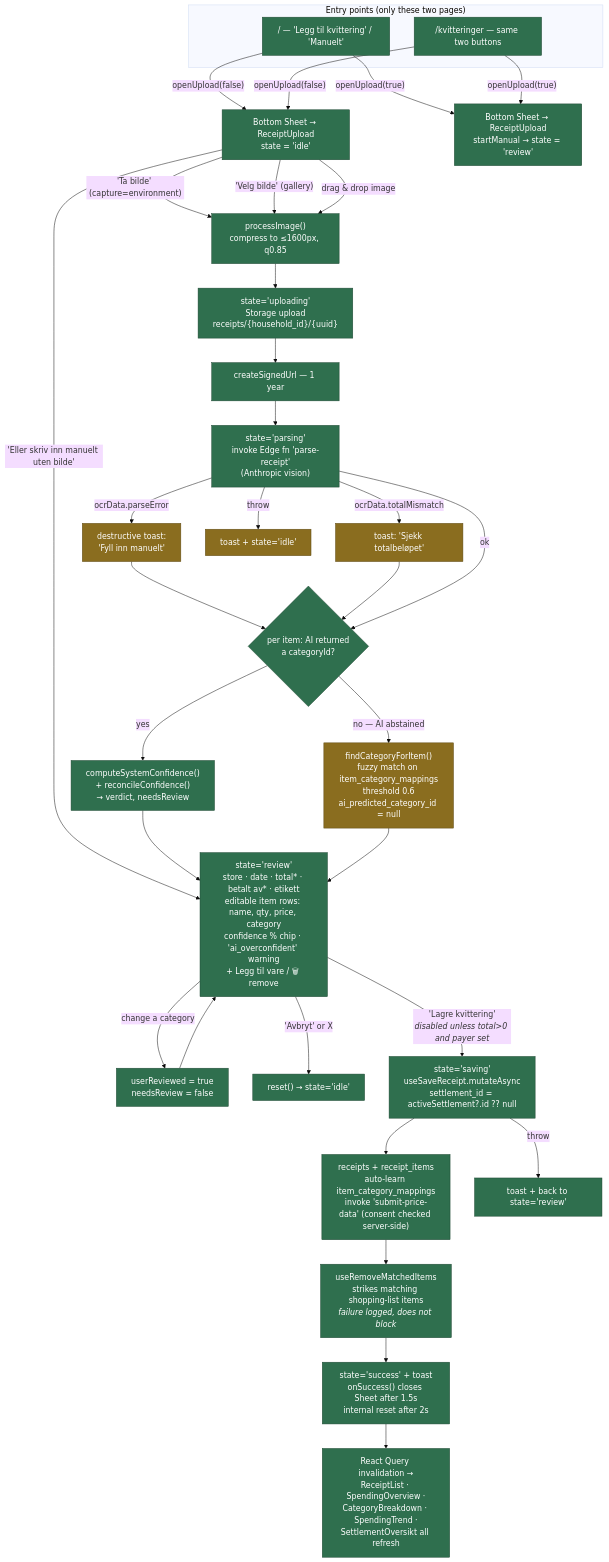
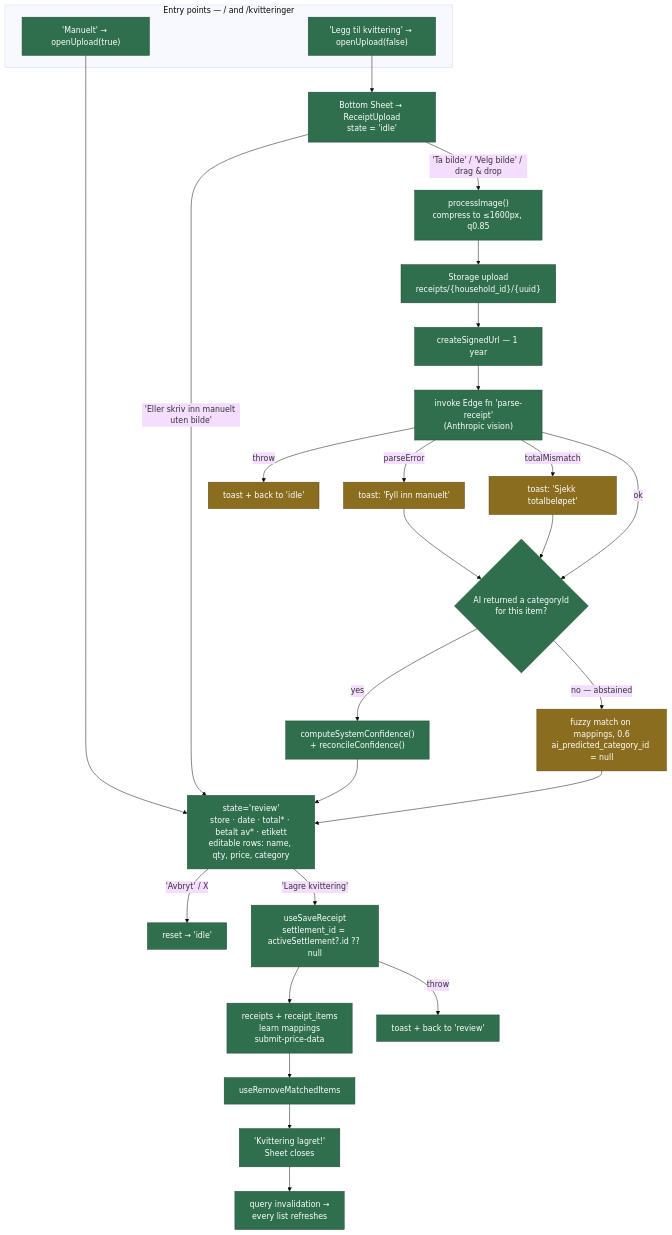
Before and after one commit to BalderYtterhus/budget-app: the fifth of 8 diagrams in docs/user-flows.md, drawn with Mermaid (base theme). The commit also changed other lines of this file and 1 other file, not shown here.

First line of the commit message:
docs: regenerate the flow diagrams and log the session

````diff
--- a/docs/user-flows.md
+++ b/docs/user-flows.md
@@ -200,59 +183,44 @@
 ```mermaid
 flowchart TD
     classDef ok fill:#2f6f4e,stroke:#1d4732,color:#fff
     classDef cond fill:#8a6d1f,stroke:#5c4813,color:#fff
-    classDef bad fill:#8c2f2f,stroke:#5c1f1f,color:#fff
 
-    subgraph ENTRY["Entry points (only these two pages)"]
-        E1["/ — 'Legg til kvittering' / 'Manuelt'"]
-        E2["/kvitteringer — same two buttons"]
+    subgraph ENTRY["Entry points — / and /kvitteringer"]
+        E1["'Legg til kvittering' → openUpload(false)"]
+        E2["'Manuelt' → openUpload(true)"]
     end
-    E1 -->|"openUpload(false)"| SHEET
-    E1 -->|"openUpload(true)"| SHEETM
-    E2 -->|"openUpload(false)"| SHEET
-    E2 -->|"openUpload(true)"| SHEETM
+    E1 --> SHEET["Bottom Sheet → ReceiptUpload<br/>state = 'idle'"]
+    E2 --> REVIEW
 
-    SHEET["Bottom Sheet → ReceiptUpload<br/>state = 'idle'"]
-    SHEETM["Bottom Sheet → ReceiptUpload<br/>startManual → state = 'review'"]
-
-    SHEET -->|"'Ta bilde' (capture=environment)"| PROC
-    SHEET -->|"'Velg bilde' (gallery)"| PROC
-    SHEET -->|"drag & drop image"| PROC
+    SHEET -->|"'Ta bilde' / 'Velg bilde' / drag & drop"| PROC["processImage()<br/>compress to ≤1600px, q0.85"]
     SHEET -->|"'Eller skriv inn manuelt uten bilde'"| REVIEW
 
-    PROC["processImage()<br/>compress to ≤1600px, q0.85"]
-    PROC --> UP["state='uploading'<br/>Storage upload<br/>receipts/{household_id}/{uuid}"]
+    PROC --> UP["Storage upload<br/>receipts/{household_id}/{uuid}"]
     UP --> SIGN["createSignedUrl — 1 year"]
-    SIGN --> PARSE["state='parsing'<br/>invoke Edge fn 'parse-receipt'<br/>(Anthropic vision)"]
+    SIGN --> PARSE["invoke Edge fn 'parse-receipt'<br/>(Anthropic vision)"]
 
-    PARSE -->|"ocrData.parseError"| WARN1["destructive toast:<br/>'Fyll inn manuelt'"]
-    PARSE -->|"ocrData.totalMismatch"| WARN2["toast: 'Sjekk totalbeløpet'"]
-    PARSE -->|"throw"| FAIL["toast + state='idle'"]
+    PARSE -->|"parseError"| WARN1["toast: 'Fyll inn manuelt'"]
+    PARSE -->|"totalMismatch"| WARN2["toast: 'Sjekk totalbeløpet'"]
+    PARSE -->|"throw"| FAIL["toast + back to 'idle'"]
     WARN1 --> CAT
     WARN2 --> CAT
     PARSE -->|"ok"| CAT
 
-    CAT{"per item: AI returned<br/>a categoryId?"}
-    CAT -->|"yes"| SYS["computeSystemConfidence()<br/>+ reconcileConfidence()<br/>→ verdict, needsReview"]
-    CAT -->|"no — AI abstained"| FUZZ["findCategoryForItem()<br/>fuzzy match on item_category_mappings<br/>threshold 0.6<br/>ai_predicted_category_id = null"]
+    CAT{"AI returned a categoryId<br/>for this item?"}
+    CAT -->|"yes"| SYS["computeSystemConfidence()<br/>+ reconcileConfidence()"]
+    CAT -->|"no — abstained"| FUZZ["fuzzy match on mappings, 0.6<br/>ai_predicted_category_id = null"]
     SYS --> REVIEW
     FUZZ --> REVIEW
 
-    REVIEW["state='review'<br/>store · date · total* · betalt av* · etikett<br/>editable item rows: name, qty, price, category<br/>confidence % chip · 'ai_overconfident' warning<br/>+ Legg til vare / 🗑 remove"]
+    REVIEW["state='review'<br/>store · date · total* · betalt av* · etikett<br/>editable rows: name, qty, price, category"]
+    REVIEW -->|"'Avbryt' / X"| RESET["reset → 'idle'"]
+    REVIEW -->|"'Lagre kvittering'"| SAVE["useSaveReceipt<br/>settlement_id = activeSettlement?.id ?? null"]
+    SAVE --> DB["receipts + receipt_items<br/>learn mappings<br/>submit-price-data"]
+    DB --> RM["useRemoveMatchedItems"]
+    RM --> DONE["'Kvittering lagret!'<br/>Sheet closes"]
+    SAVE -->|"throw"| BACK["toast + back to 'review'"]
+    DONE --> LISTS["query invalidation →<br/>every list refreshes"]
 
-    REVIEW -->|"change a category"| MARK["userReviewed = true<br/>needsReview = false"]
-    MARK --> REVIEW
-    REVIEW -->|"'Avbryt' or X"| RESET["reset() → state='idle'"]
-    REVIEW -->|"'Lagre kvittering'<br/><i>disabled unless total>0 and payer set</i>"| SAVE
-
-    SAVE["state='saving'<br/>useSaveReceipt.mutateAsync<br/>settlement_id = activeSettlement?.id ?? null"]
-    SAVE --> DB["receipts + receipt_items<br/>auto-learn item_category_mappings<br/>invoke 'submit-price-data' (consent checked server-side)"]
-    DB --> RM["useRemoveMatchedItems<br/>strikes matching shopping-list items<br/><i>failure logged, does not block</i>"]
-    RM --> DONE["state='success' + toast<br/>onSuccess() closes Sheet after 1.5s<br/>internal reset after 2s"]
-    SAVE -->|"throw"| BACK["toast + back to state='review'"]
-
-    DONE --> LISTS["React Query invalidation →<br/>ReceiptList · SpendingOverview ·<br/>CategoryBreakdown · SpendingTrend ·<br/>SettlementOversikt all refresh"]
-
-    class E1,E2,SHEET,SHEETM,PROC,UP,SIGN,PARSE,CAT,SYS,REVIEW,MARK,SAVE,DB,RM,DONE,LISTS,RESET,BACK ok
+    class E1,E2,SHEET,PROC,UP,SIGN,PARSE,CAT,SYS,REVIEW,SAVE,DB,RM,DONE,LISTS,RESET,BACK ok
     class WARN1,WARN2,FAIL,FUZZ cond
 ```
````
